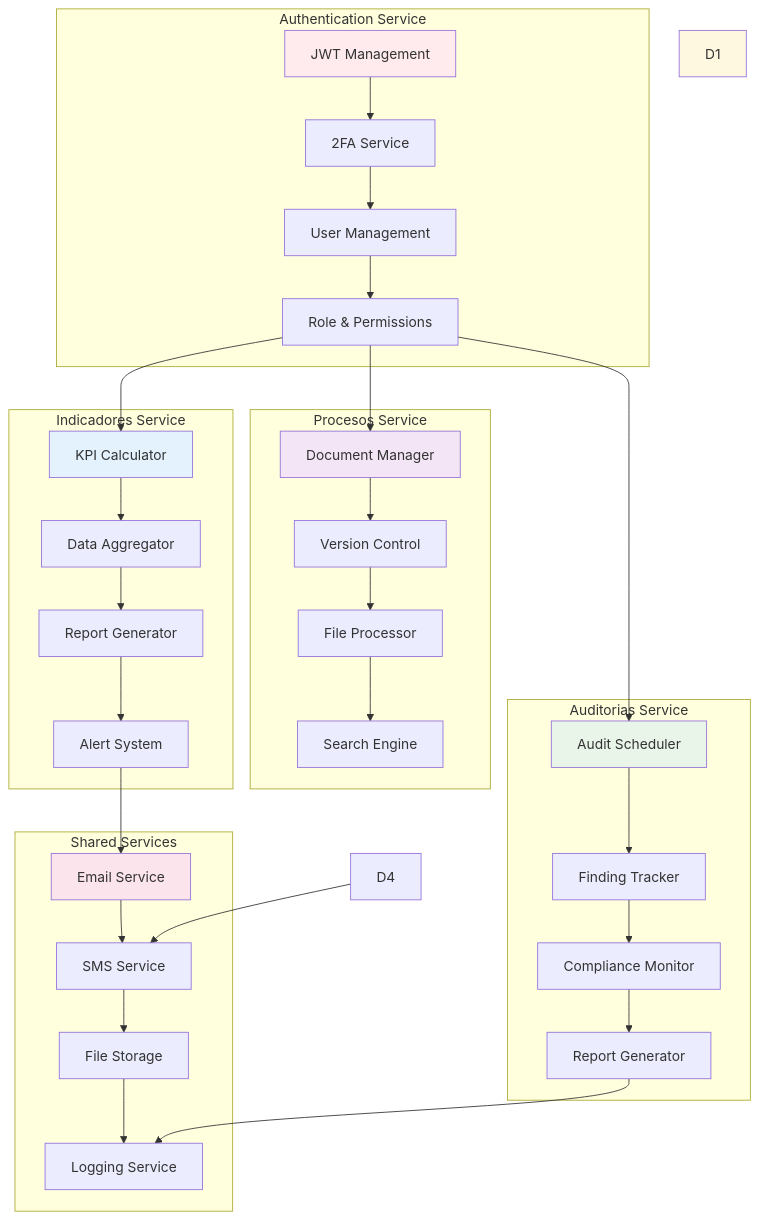
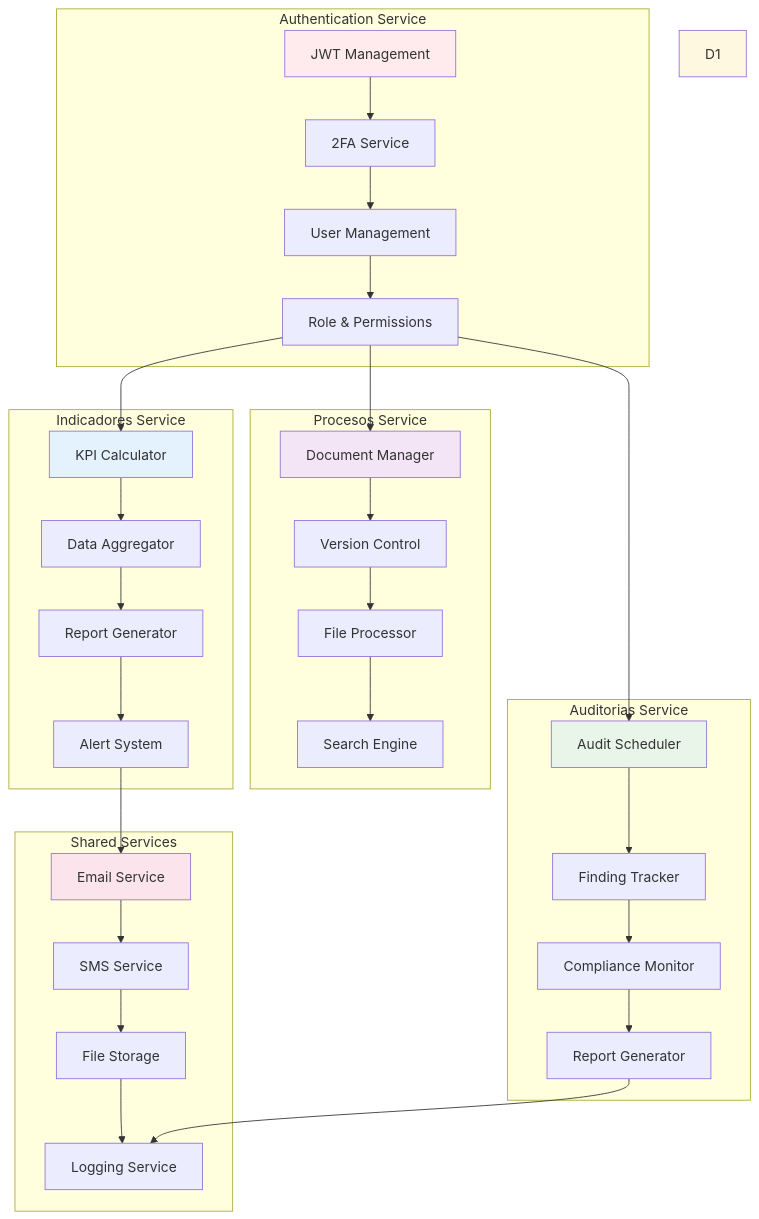
Before and after one commit to Edisonnarvaez/portal_web_frontend: the sixth of 19 diagrams in architecture.md, drawn with Mermaid.

Commit message:
Remove D4 to F2 connection
Removed D4 to F2 connection from architecture diagram.

````diff
--- a/architecture.md
+++ b/architecture.md
@@ -270,48 +270,47 @@
 ```mermaid
 graph TB
     subgraph "Authentication Service"
         A1[JWT Management] --> A2[2FA Service]
         A2 --> A3[User Management]
         A3 --> A4[Role & Permissions]
     end
     
     subgraph "Indicadores Service"
         B1[KPI Calculator] --> B2[Data Aggregator]
         B2 --> B3[Report Generator]
         B3 --> B4[Alert System]
     end
     
     subgraph "Procesos Service"
         C1[Document Manager] --> C2[Version Control]
         C2 --> C3[File Processor]
         C3 --> C4[Search Engine]
     end
 
     
     subgraph "Auditorias Service"
         E1[Audit Scheduler] --> E2[Finding Tracker]
         E2 --> E3[Compliance Monitor]
         E3 --> E4[Report Generator]
     end
     
     subgraph "Shared Services"
         F1[Email Service] --> F2[SMS Service]
         F2 --> F3[File Storage]
         F3 --> F4[Logging Service]
     end
     
     A4 --> B1
     A4 --> C1
     A4 --> E1
     
     B4 --> F1
-    D4 --> F2
     E4 --> F4
     
     style A1 fill:#ffebee
     style B1 fill:#e3f2fd
     style C1 fill:#f3e5f5
     style D1 fill:#fff8e1
     style E1 fill:#e8f5e8
     style F1 fill:#fce4ec
 ```
````
